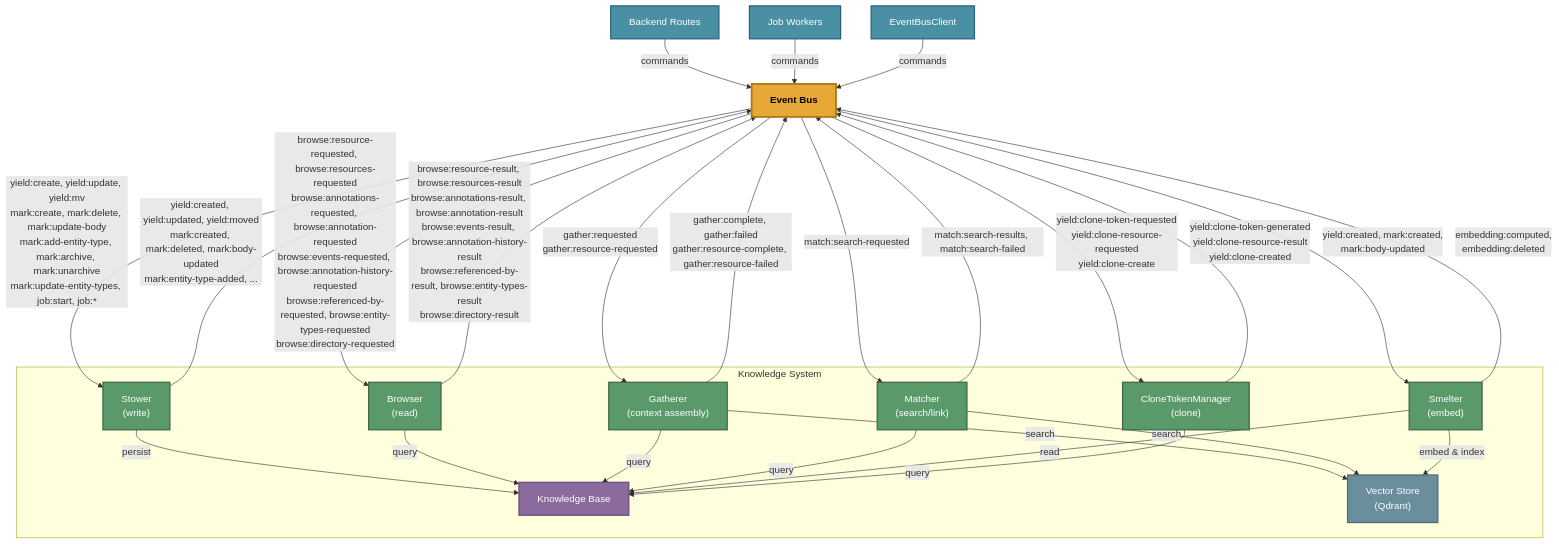
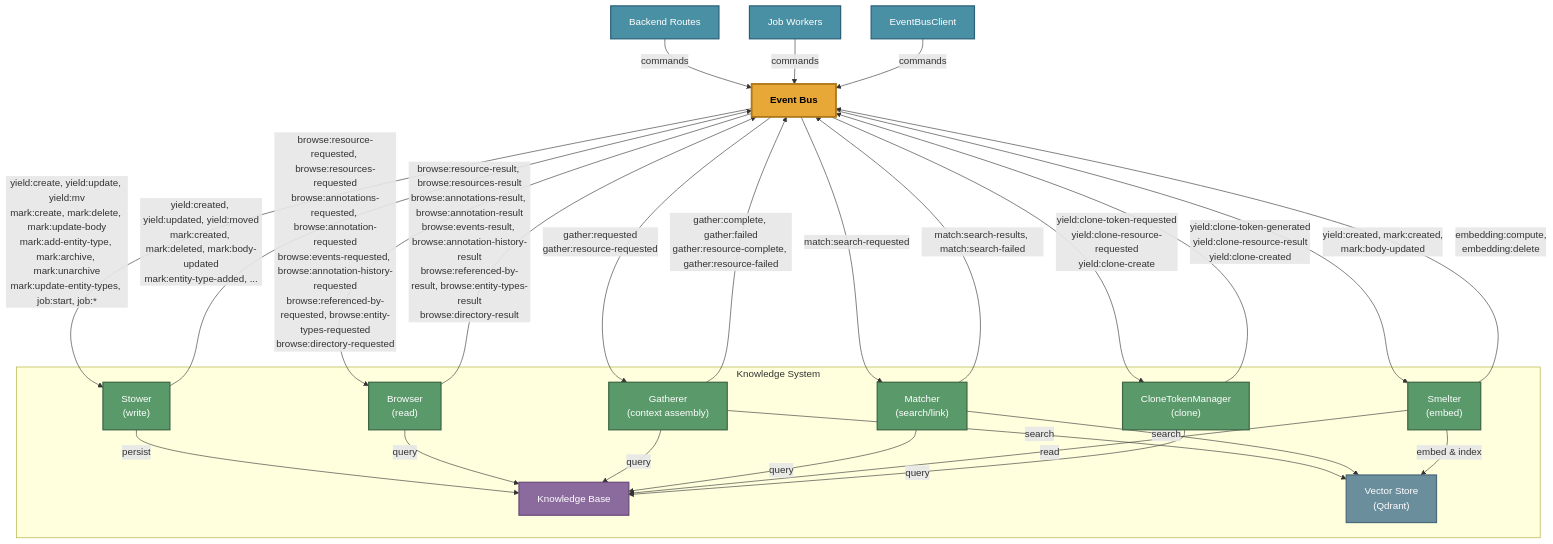
Before and after one commit to The-AI-Alliance/semiont: the diagram in packages/make-meaning/README.md, drawn with Mermaid. The commit also changed other lines of this file and 251 other files, not shown here.

````diff
--- a/packages/make-meaning/README.md
+++ b/packages/make-meaning/README.md
@@ -92,52 +92,52 @@
 ```mermaid
 graph TB
     Routes["Backend Routes"] -->|commands| BUS["Event Bus"]
     Workers["Job Workers"] -->|commands| BUS
     EBC["EventBusClient"] -->|commands| BUS
 
     subgraph ks ["Knowledge System"]
         STOWER["Stower<br/>(write)"]
         BROWSER["Browser<br/>(read)"]
         GATHERER["Gatherer<br/>(context assembly)"]
         MATCHER["Matcher<br/>(search/link)"]
         SMELTER["Smelter<br/>(embed)"]
         CTM["CloneTokenManager<br/>(clone)"]
         KB["Knowledge Base"]
         VECTORS["Vector Store<br/>(Qdrant)"]
         STOWER -->|persist| KB
         BROWSER -->|query| KB
         GATHERER -->|query| KB
         GATHERER -->|search| VECTORS
         MATCHER -->|query| KB
         MATCHER -->|search| VECTORS
         SMELTER -->|embed & index| VECTORS
         SMELTER -->|read| KB
         CTM -->|query| KB
     end
 
     BUS -->|"yield:create, yield:update, yield:mv<br/>mark:create, mark:delete, mark:update-body<br/>mark:add-entity-type, mark:archive, mark:unarchive<br/>mark:update-entity-types, job:start, job:*"| STOWER
     BUS -->|"browse:resource-requested, browse:resources-requested<br/>browse:annotations-requested, browse:annotation-requested<br/>browse:events-requested, browse:annotation-history-requested<br/>browse:referenced-by-requested, browse:entity-types-requested<br/>browse:directory-requested"| BROWSER
     BUS -->|"gather:requested<br/>gather:resource-requested"| GATHERER
     BUS -->|"match:search-requested"| MATCHER
     BUS -->|"yield:created, mark:created,<br/>mark:body-updated"| SMELTER
     BUS -->|"yield:clone-token-requested<br/>yield:clone-resource-requested<br/>yield:clone-create"| CTM
 
     STOWER -->|"yield:created, yield:updated, yield:moved<br/>mark:created, mark:deleted, mark:body-updated<br/>mark:entity-type-added, ..."| BUS
     BROWSER -->|"browse:resource-result, browse:resources-result<br/>browse:annotations-result, browse:annotation-result<br/>browse:events-result, browse:annotation-history-result<br/>browse:referenced-by-result, browse:entity-types-result<br/>browse:directory-result"| BUS
     GATHERER -->|"gather:complete, gather:failed<br/>gather:resource-complete, gather:resource-failed"| BUS
     MATCHER -->|"match:search-results, match:search-failed"| BUS
-    SMELTER -->|"embedding:computed,<br/>embedding:deleted"| BUS
+    SMELTER -->|"embedding:compute,<br/>embedding:delete"| BUS
     CTM -->|"yield:clone-token-generated<br/>yield:clone-resource-result<br/>yield:clone-created"| BUS
 
     classDef bus fill:#e8a838,stroke:#b07818,stroke-width:3px,color:#000,font-weight:bold
     classDef actor fill:#5a9a6a,stroke:#3d6644,stroke-width:2px,color:#fff
     classDef kb fill:#8b6b9d,stroke:#6b4a7a,stroke-width:2px,color:#fff
     classDef caller fill:#4a90a4,stroke:#2c5f7a,stroke-width:2px,color:#fff
 
     class BUS bus
     classDef vectorstore fill:#6b8e9d,stroke:#4a6a7a,stroke-width:2px,color:#fff
     class STOWER,BROWSER,GATHERER,MATCHER,SMELTER,CTM actor
     class KB kb
     class VECTORS vectorstore
     class Routes,Workers,EBC caller
 ```
````
